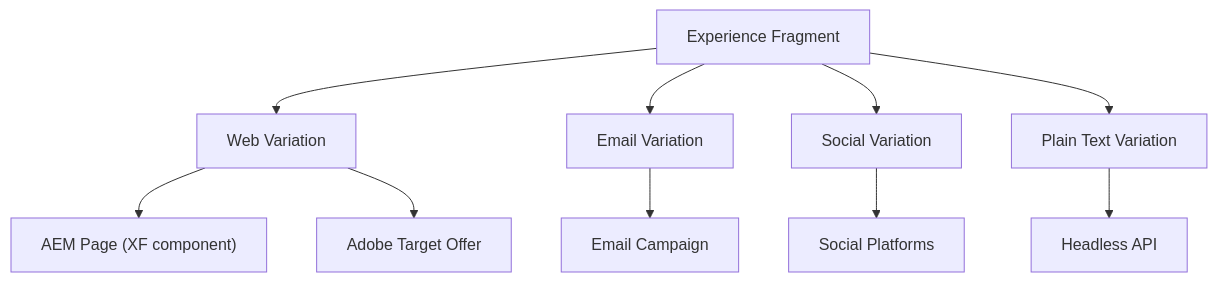
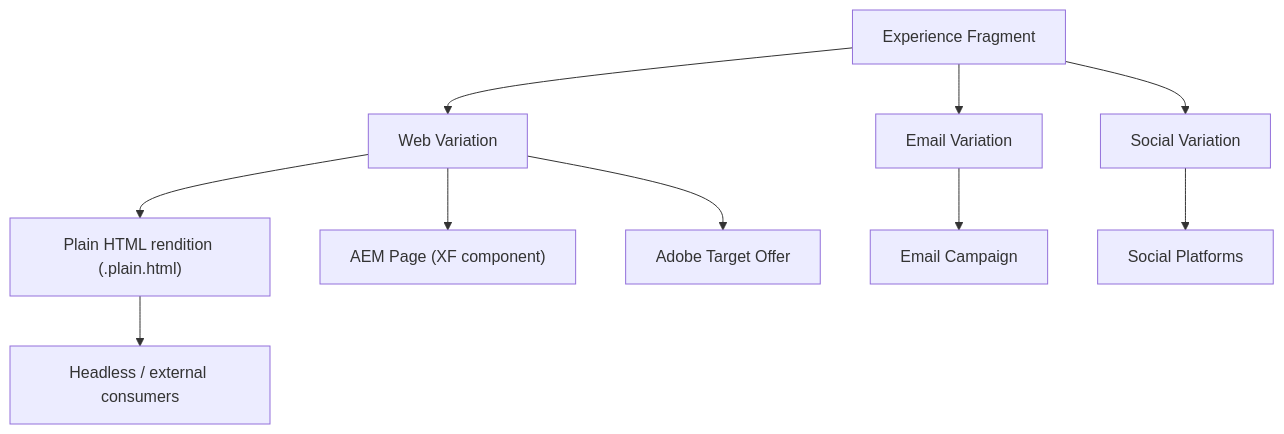
The first of 2 diagrams in docs/aem/content/experience-fragments.md (LucaNerlich/lucanerlich.com), drawn with Mermaid before and after one commit. The commit also changed other lines of this file and 95 other files, not shown here.

````diff
--- a/docs/aem/content/experience-fragments.md
+++ b/docs/aem/content/experience-fragments.md
@@ -14,19 +14,19 @@
 ```mermaid
 graph TD
     XF["Experience Fragment"]
     WebVar["Web Variation"]
     EmailVar["Email Variation"]
     SocialVar["Social Variation"]
-    PlainVar["Plain Text Variation"]
+    PlainHtml["Plain HTML rendition (.plain.html)"]
 
     XF --> WebVar
     XF --> EmailVar
     XF --> SocialVar
-    XF --> PlainVar
 
     WebVar --> Page["AEM Page (XF component)"]
     WebVar --> Target["Adobe Target Offer"]
     EmailVar --> Email["Email Campaign"]
     SocialVar --> Social["Social Platforms"]
-    PlainVar --> API["Headless API"]
+    WebVar --> PlainHtml
+    PlainHtml --> API["Headless / external consumers"]
 ```
````
